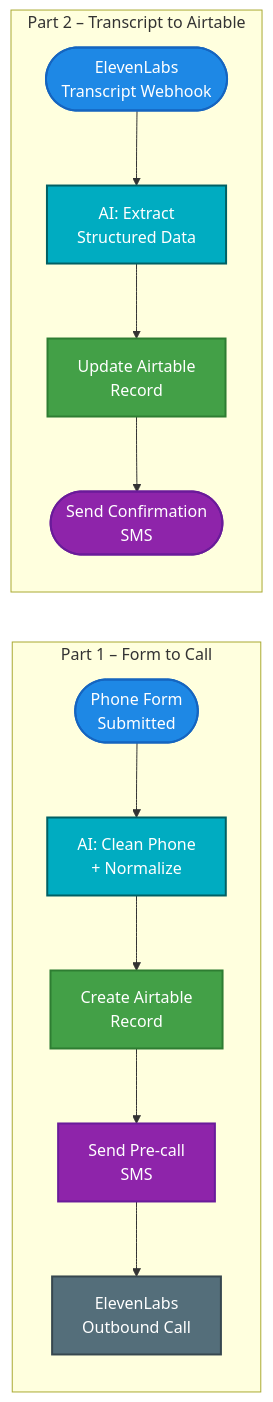
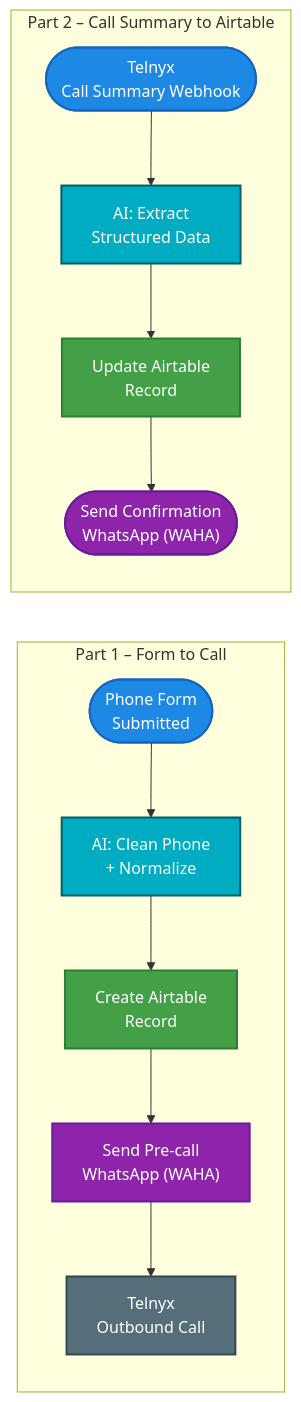
Before and after one commit to kameni-immo/kameni-n8n-automation: the fourth of 9 diagrams in README.md, drawn with Mermaid. The commit also changed other lines of this file, not shown here.

First line of the commit message:
docs(KAN-37): update README to replace ElevenLabs references with Telnyx

````diff
--- a/README.md
+++ b/README.md
@@ -371,26 +371,26 @@
 ```mermaid
 flowchart LR
     classDef trigger  fill:#1E88E5,color:#fff,stroke:#1565C0,stroke-width:2px
     classDef process  fill:#546E7A,color:#fff,stroke:#37474F,stroke-width:2px
     classDef ai       fill:#00ACC1,color:#fff,stroke:#006064,stroke-width:2px
     classDef save     fill:#43A047,color:#fff,stroke:#2E7D32,stroke-width:2px
     classDef send     fill:#8E24AA,color:#fff,stroke:#6A1B9A,stroke-width:2px
 
     subgraph PART1 ["  Part 1 – Form to Call  "]
         A(["Phone Form<br/>Submitted"]):::trigger
         B["AI: Clean Phone<br/>+ Normalize"]:::ai
         C["Create Airtable<br/>Record"]:::save
-        D["Send Pre-call<br/>SMS"]:::send
-        E["ElevenLabs<br/>Outbound Call"]:::process
+        D["Send Pre-call<br/>WhatsApp (WAHA)"]:::send
+        E["Telnyx<br/>Outbound Call"]:::process
     end
 
-    subgraph PART2 ["  Part 2 – Transcript to Airtable  "]
-        F(["ElevenLabs<br/>Transcript Webhook"]):::trigger
+    subgraph PART2 ["  Part 2 – Call Summary to Airtable  "]
+        F(["Telnyx<br/>Call Summary Webhook"]):::trigger
         G["AI: Extract<br/>Structured Data"]:::ai
         H["Update Airtable<br/>Record"]:::save
-        I(["Send Confirmation<br/>SMS"]):::send
+        I(["Send Confirmation<br/>WhatsApp (WAHA)"]):::send
     end
 
     A --> B --> C --> D --> E
     F --> G --> H --> I
 ```
````
